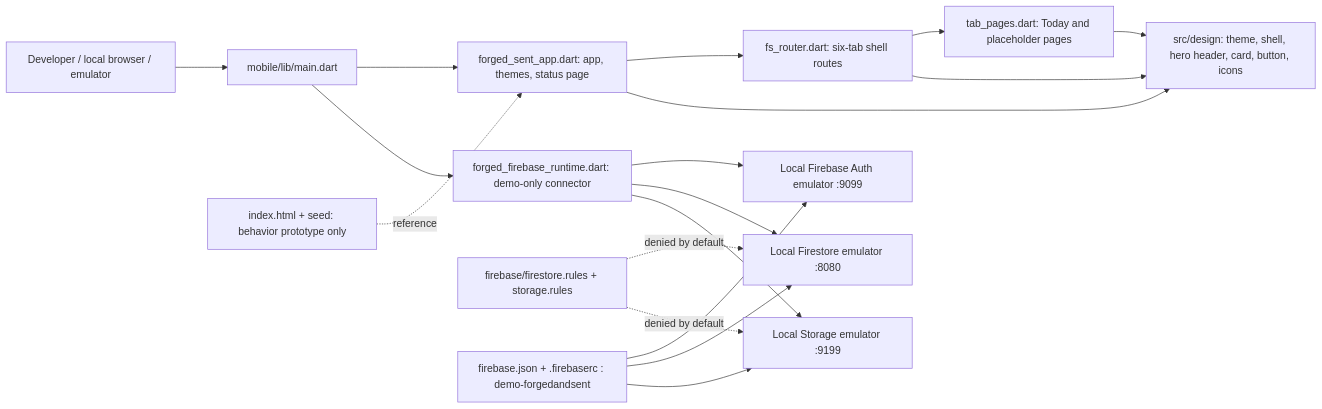
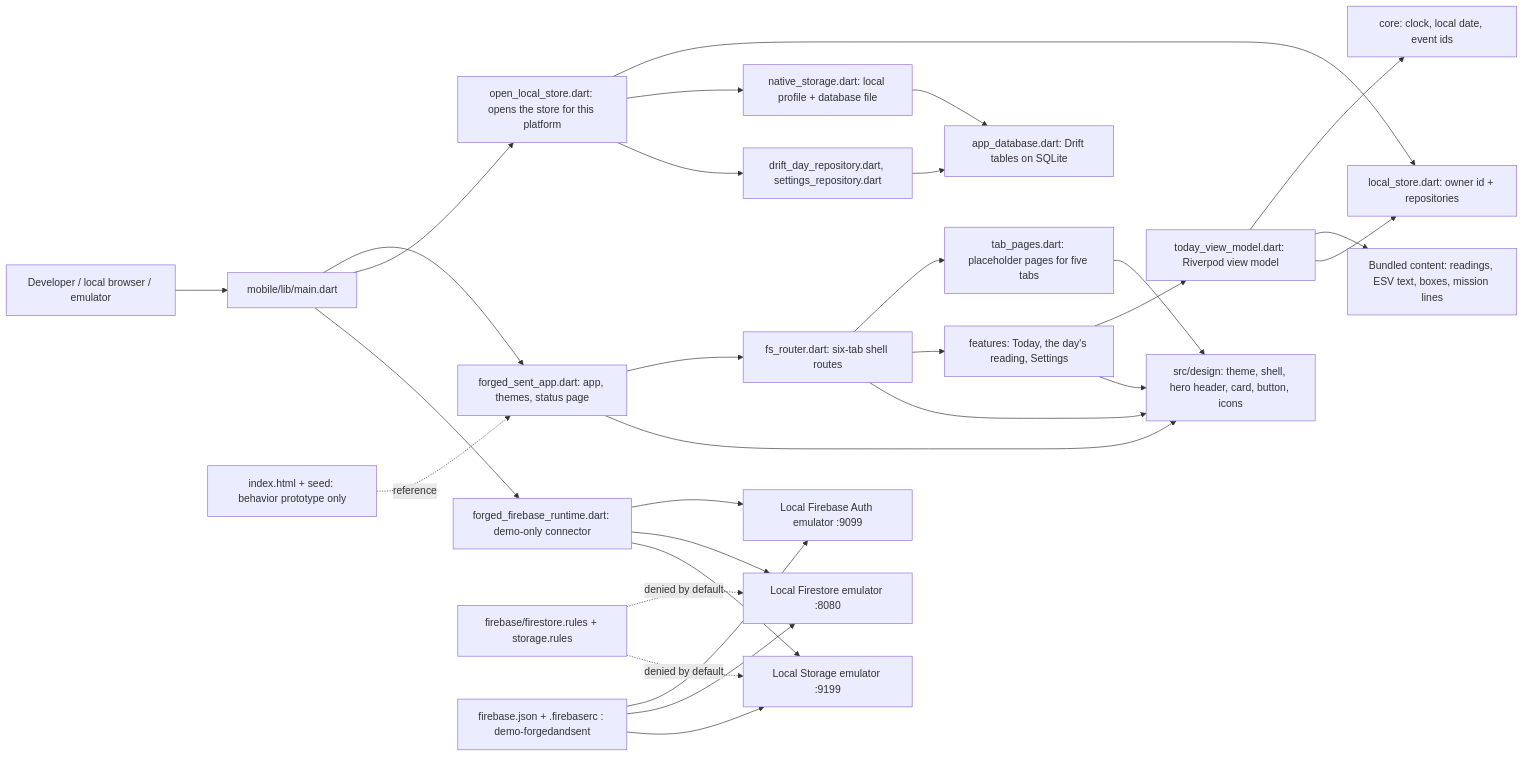
Before and after one commit to Forged-Sent/ForgedAndSentFitness: the first of 3 diagrams in docs/architecture/SYSTEM.md, drawn with Mermaid. The commit also changed other lines of this file and 99 other files, not shown here.

First line of the commit message:
S1: Today and the day's devotional, saved on the device (P05) (#65)

````diff
--- a/docs/architecture/SYSTEM.md
+++ b/docs/architecture/SYSTEM.md
@@ -7,20 +7,32 @@
 ```mermaid
 flowchart LR
     Person[Developer / local browser / emulator] --> Entry[mobile/lib/main.dart]
     Entry --> UI[forged_sent_app.dart: app, themes, status page]
     UI --> Router[fs_router.dart: six-tab shell routes]
-    Router --> Pages[tab_pages.dart: Today and placeholder pages]
+    Router --> Pages[tab_pages.dart: placeholder pages for five tabs]
+    Router --> Screens[features: Today, the day's reading, Settings]
+    Screens --> VM[today_view_model.dart: Riverpod view model]
+    Screens --> Design
+    VM --> Core[core: clock, local date, event ids]
+    VM --> Content[Bundled content: readings, ESV text, boxes, mission lines]
+    VM --> LocalStore[local_store.dart: owner id + repositories]
+    Entry --> Open[open_local_store.dart: opens the store for this platform]
+    Open --> LocalStore
+    Open --> Native[native_storage.dart: local profile + database file]
+    Open --> Repos[drift_day_repository.dart, settings_repository.dart]
+    Repos --> Sqlite[app_database.dart: Drift tables on SQLite]
+    Native --> Sqlite
     UI --> Design[src/design: theme, shell, hero header, card, button, icons]
     Router --> Design
     Pages --> Design
     Entry --> Runtime[forged_firebase_runtime.dart: demo-only connector]
     Runtime --> Auth[Local Firebase Auth emulator :9099]
     Runtime --> DB[Local Firestore emulator :8080]
     Runtime --> Store[Local Storage emulator :9199]
     Rules[firebase/firestore.rules + storage.rules] -. denied by default .-> DB
     Rules -. denied by default .-> Store
     Demo[firebase.json + .firebaserc : demo-forgedandsent] --> Auth
     Demo --> DB
     Demo --> Store
     Legacy[index.html + seed: behavior prototype only] -. reference .-> UI
 ```
````
